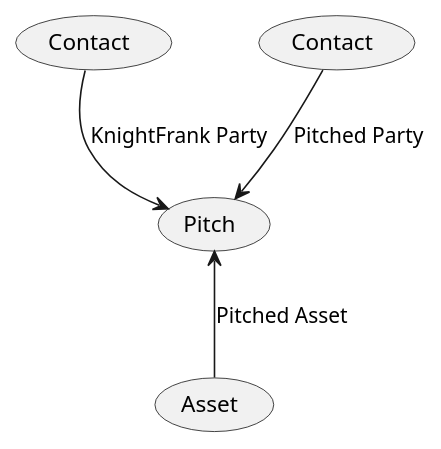
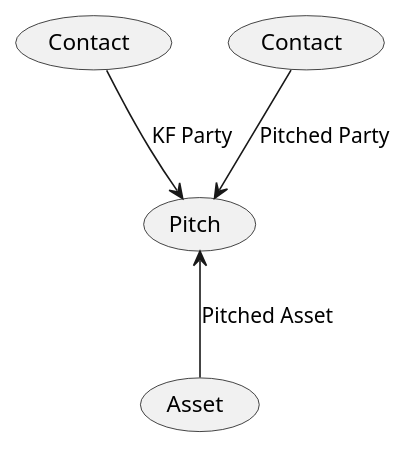
The diagram in assets/RealEstate/Pitch.puml (Kf-GaryNewport/Kf-GaryNewport.github.io), drawn with PlantUML before and after one commit. The commit also changed 2 other files, not shown here.

```diff
--- a/assets/RealEstate/Pitch.puml
+++ b/assets/RealEstate/Pitch.puml
@@ -1,10 +1,10 @@
 @startuml Pitch
 
 (Contact) as (KfParty)
 (Contact) as (ClientParty)
 
 (ClientParty) --> (Pitch) : Pitched Party
-(KfParty) --> (Pitch) : KnightFrank Party
+(KfParty) --> (Pitch) : KF Party
 (Pitch) <-- (Asset) : Pitched Asset
  
 @enduml
```
